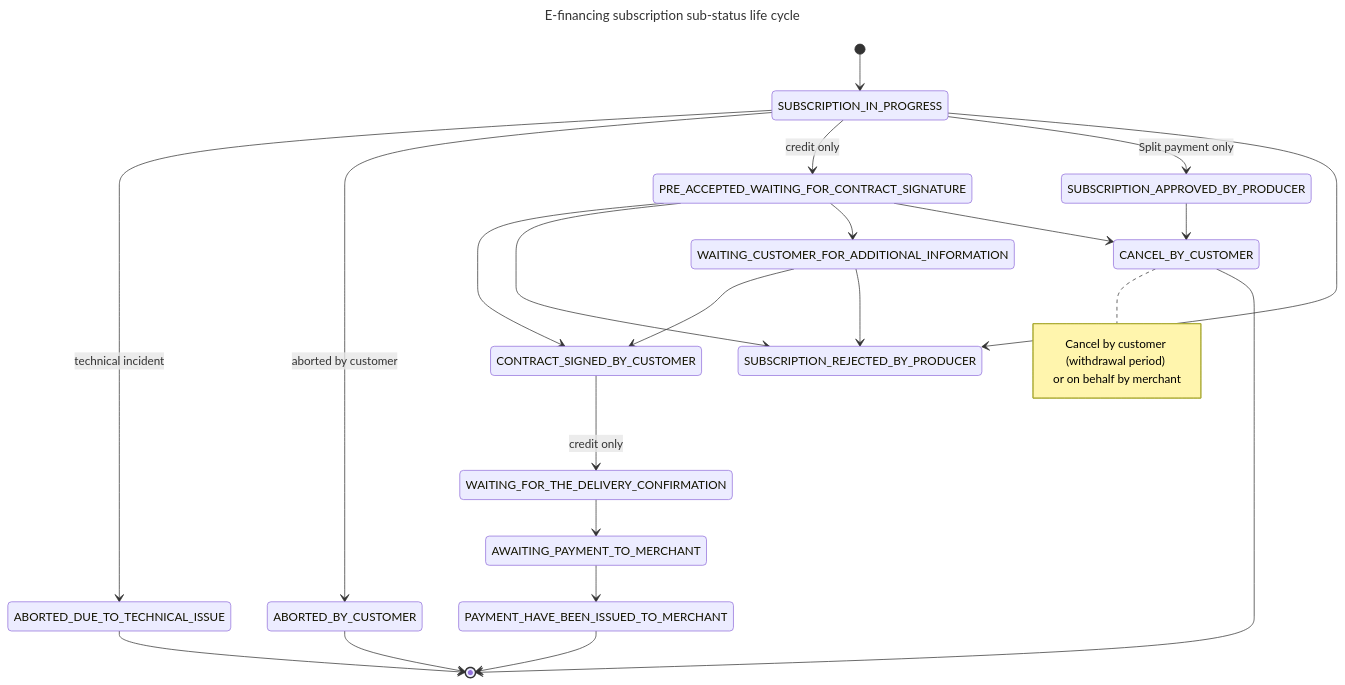
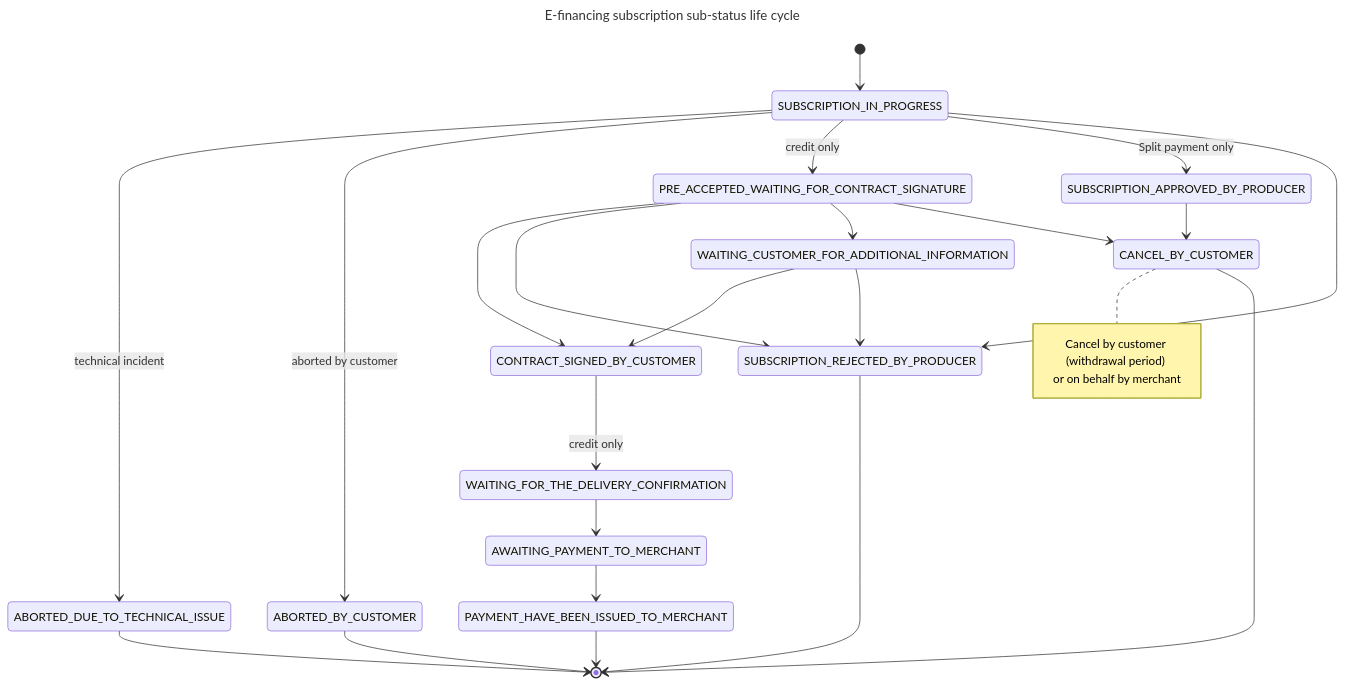
One commit to scalexpert/documentation changed the second of 2 diagrams in solutions-reference/credit/e-financing-status-life-cycle.md. Above: the diagram before and after it, drawn with Mermaid.

Commit message:
GITBOOK-665: No subject

````diff
--- a/solutions-reference/credit/e-financing-status-life-cycle.md
+++ b/solutions-reference/credit/e-financing-status-life-cycle.md
@@ -69,38 +69,39 @@
 ```mermaid fullWidth="true"
 ---
 title: E-financing subscription sub-status life cycle
 ---
 stateDiagram-v2
     [*] --> SUBSCRIPTION_IN_PROGRESS
 
     SUBSCRIPTION_IN_PROGRESS --> ABORTED_DUE_TO_TECHNICAL_ISSUE: technical incident
     SUBSCRIPTION_IN_PROGRESS --> ABORTED_BY_CUSTOMER: aborted by customer
     SUBSCRIPTION_IN_PROGRESS --> PRE_ACCEPTED_WAITING_FOR_CONTRACT_SIGNATURE: credit only
     SUBSCRIPTION_IN_PROGRESS  --> SUBSCRIPTION_APPROVED_BY_PRODUCER: Split payment only
     SUBSCRIPTION_IN_PROGRESS  --> SUBSCRIPTION_REJECTED_BY_PRODUCER
 
     SUBSCRIPTION_APPROVED_BY_PRODUCER --> CANCEL_BY_CUSTOMER
     note right of CANCEL_BY_CUSTOMER
     Cancel by customer (withdrawal period) 
     or on behalf by merchant
     end note
 
     PRE_ACCEPTED_WAITING_FOR_CONTRACT_SIGNATURE --> CONTRACT_SIGNED_BY_CUSTOMER
     PRE_ACCEPTED_WAITING_FOR_CONTRACT_SIGNATURE --> SUBSCRIPTION_REJECTED_BY_PRODUCER
     PRE_ACCEPTED_WAITING_FOR_CONTRACT_SIGNATURE --> WAITING_CUSTOMER_FOR_ADDITIONAL_INFORMATION
     PRE_ACCEPTED_WAITING_FOR_CONTRACT_SIGNATURE --> CANCEL_BY_CUSTOMER
 
     WAITING_CUSTOMER_FOR_ADDITIONAL_INFORMATION --> CONTRACT_SIGNED_BY_CUSTOMER
     WAITING_CUSTOMER_FOR_ADDITIONAL_INFORMATION --> SUBSCRIPTION_REJECTED_BY_PRODUCER
     
 
     CONTRACT_SIGNED_BY_CUSTOMER --> WAITING_FOR_THE_DELIVERY_CONFIRMATION: credit only
     WAITING_FOR_THE_DELIVERY_CONFIRMATION --> AWAITING_PAYMENT_TO_MERCHANT
     AWAITING_PAYMENT_TO_MERCHANT  --> PAYMENT_HAVE_BEEN_ISSUED_TO_MERCHANT
 
     ABORTED_DUE_TO_TECHNICAL_ISSUE --> [*]
     ABORTED_BY_CUSTOMER --> [*]
     CANCEL_BY_CUSTOMER --> [*]
     PAYMENT_HAVE_BEEN_ISSUED_TO_MERCHANT --> [*]
+    SUBSCRIPTION_REJECTED_BY_PRODUCER --> [*]
 
 ```
````
